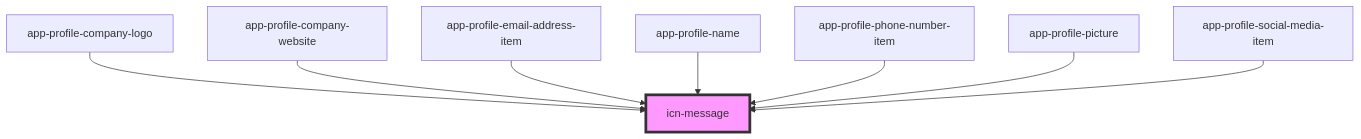
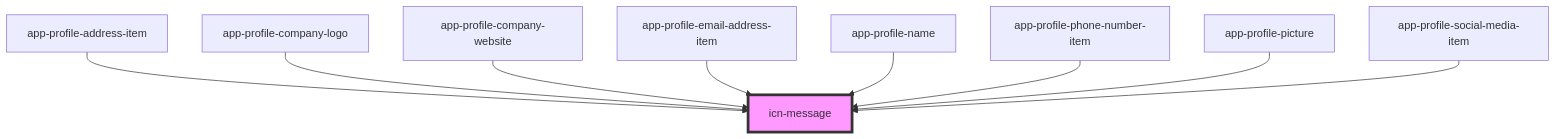
The diagram in iconeventnetwork-web/src/components/icn-message/readme.md (lokheed/IconEventNetwork.Web), drawn with Mermaid before and after one commit. The commit also changed other lines of this file and 61 other files, not shown here.

````diff
--- a/iconeventnetwork-web/src/components/icn-message/readme.md
+++ b/iconeventnetwork-web/src/components/icn-message/readme.md
@@ -63,11 +64,12 @@
 ```mermaid
 graph TD;
+  app-profile-address-item --> icn-message
   app-profile-company-logo --> icn-message
   app-profile-company-website --> icn-message
   app-profile-email-address-item --> icn-message
   app-profile-name --> icn-message
   app-profile-phone-number-item --> icn-message
   app-profile-picture --> icn-message
   app-profile-social-media-item --> icn-message
   style icn-message fill:#f9f,stroke:#333,stroke-width:4px
 ```
````
